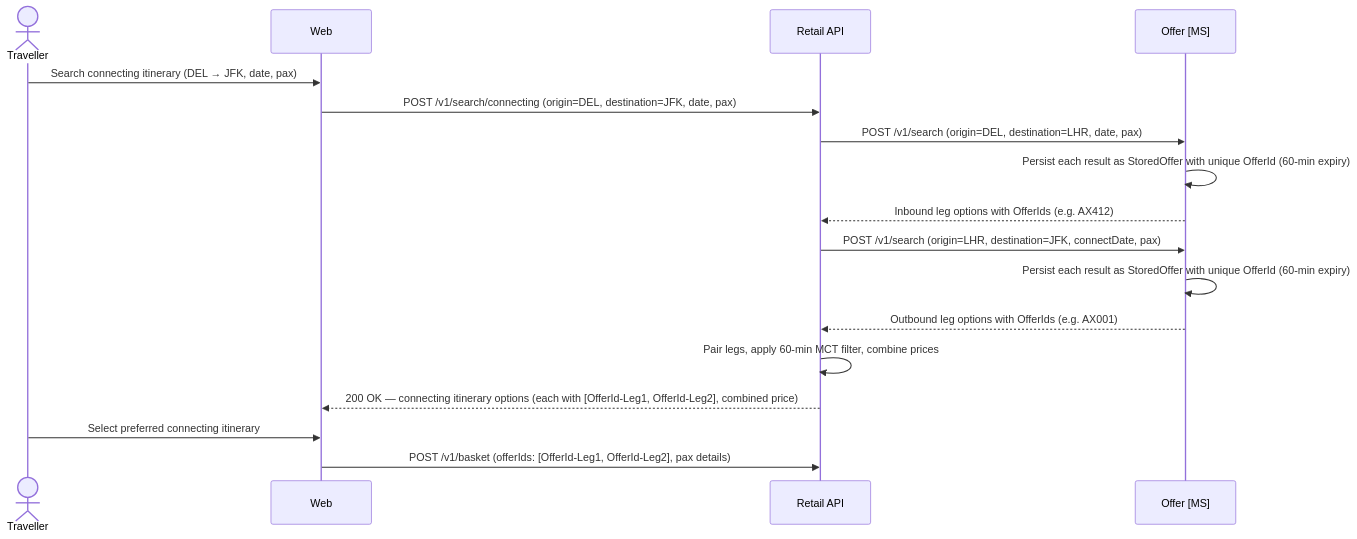
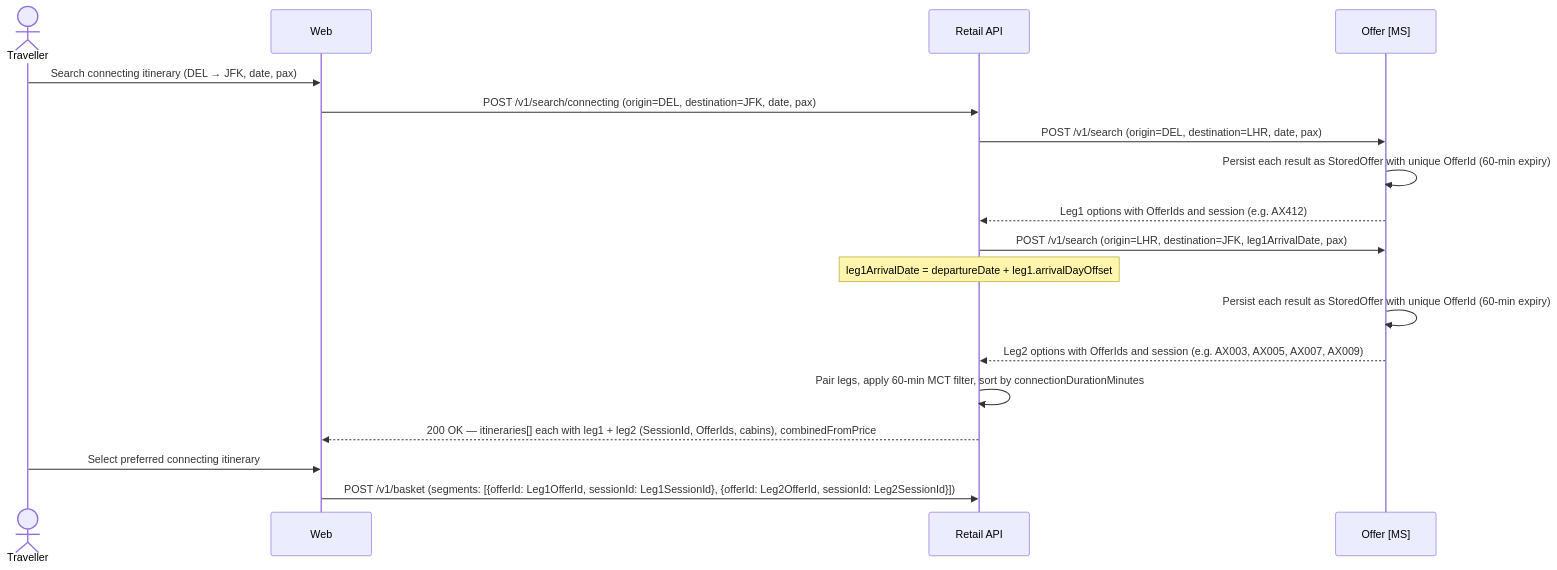
The second of 2 diagrams in documentation/design/offer.md (sebharvey/airline-reservation-system), drawn with Mermaid before and after one commit. The commit also changed other lines of this file and 9 other files, not shown here.

````diff
--- a/documentation/design/offer.md
+++ b/documentation/design/offer.md
@@ -78,21 +143,22 @@
 ```mermaid
 sequenceDiagram
     actor Traveller
     participant Web
     participant RetailAPI as Retail API
     participant OfferMS as Offer [MS]
 
     Traveller->>Web: Search connecting itinerary (DEL → JFK, date, pax)
 
     Web->>RetailAPI: POST /v1/search/connecting (origin=DEL, destination=JFK, date, pax)
     RetailAPI->>OfferMS: POST /v1/search (origin=DEL, destination=LHR, date, pax)
     OfferMS->>OfferMS: Persist each result as StoredOffer with unique OfferId (60-min expiry)
-    OfferMS-->>RetailAPI: Inbound leg options with OfferIds (e.g. AX412)
-    RetailAPI->>OfferMS: POST /v1/search (origin=LHR, destination=JFK, connectDate, pax)
+    OfferMS-->>RetailAPI: Leg1 options with OfferIds and session (e.g. AX412)
+    RetailAPI->>OfferMS: POST /v1/search (origin=LHR, destination=JFK, leg1ArrivalDate, pax)
+    Note over RetailAPI: leg1ArrivalDate = departureDate + leg1.arrivalDayOffset
     OfferMS->>OfferMS: Persist each result as StoredOffer with unique OfferId (60-min expiry)
-    OfferMS-->>RetailAPI: Outbound leg options with OfferIds (e.g. AX001)
-    RetailAPI->>RetailAPI: Pair legs, apply 60-min MCT filter, combine prices
-    RetailAPI-->>Web: 200 OK — connecting itinerary options (each with [OfferId-Leg1, OfferId-Leg2], combined price)
+    OfferMS-->>RetailAPI: Leg2 options with OfferIds and session (e.g. AX003, AX005, AX007, AX009)
+    RetailAPI->>RetailAPI: Pair legs, apply 60-min MCT filter, sort by connectionDurationMinutes
+    RetailAPI-->>Web: 200 OK — itineraries[] each with leg1 + leg2 (SessionId, OfferIds, cabins), combinedFromPrice
     Traveller->>Web: Select preferred connecting itinerary
-    Web->>RetailAPI: POST /v1/basket (offerIds: [OfferId-Leg1, OfferId-Leg2], pax details)
+    Web->>RetailAPI: POST /v1/basket (segments: [{offerId: Leg1OfferId, sessionId: Leg1SessionId}, {offerId: Leg2OfferId, sessionId: Leg2SessionId}])
 ```
````
